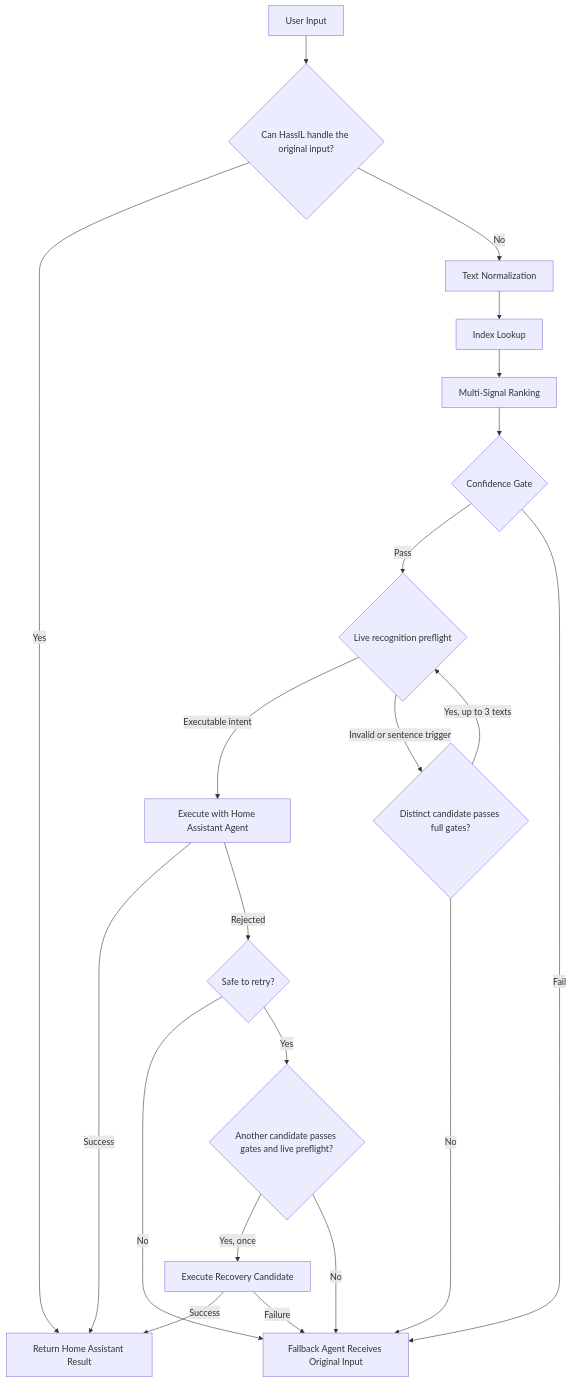
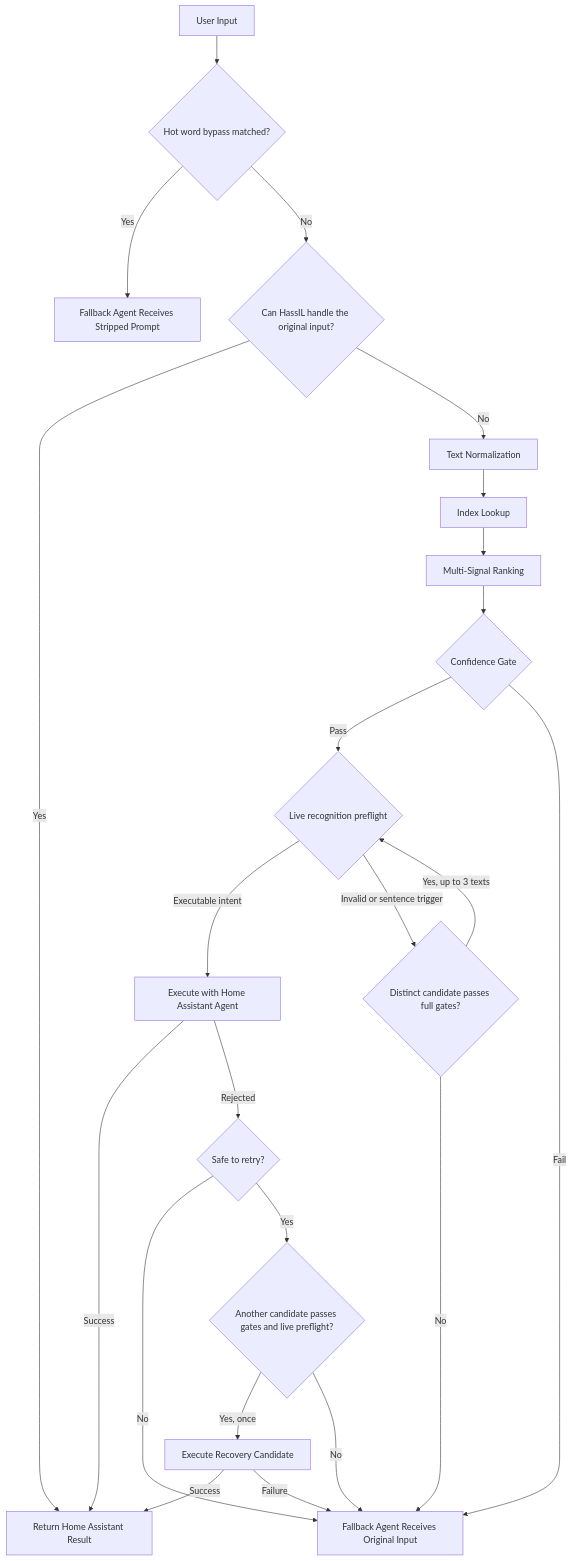
One commit to luuquangvu/assist-canonicalizer changed the diagram in README.md. Above: the diagram before and after it, drawn with Mermaid. The commit also changed other lines of this file and 5 other files, not shown here.

Commit message:
Strip the hot word prefix before routing to fallback agent (#93)

````diff
--- a/README.md
+++ b/README.md
@@ -108,23 +113,25 @@
 ```mermaid
 flowchart TD
-    A[User Input] --> L{Can HassIL handle the original input?}
+    A[User Input] --> HW{Hot word bypass matched?}
+    HW -->|Yes| HW_G[Fallback Agent Receives Stripped Prompt]
+    HW -->|No| L{Can HassIL handle the original input?}
     L -->|Yes| H[Return Home Assistant Result]
     L -->|No| B[Text Normalization]
     B --> C[Index Lookup]
     C --> D[Multi-Signal Ranking]
     D --> E{Confidence Gate}
     E -->|Pass| P{Live recognition preflight}
     E -->|Fail| G[Fallback Agent Receives Original Input]
     P -->|Executable intent| F[Execute with Home Assistant Agent]
     P -->|Invalid or sentence trigger| J{Distinct candidate passes full gates?}
     J -->|Yes, up to 3 texts| P
     J -->|No| G
     F -->|Success| H[Return Home Assistant Result]
     F -->|Rejected| R{Safe to retry?}
     R -->|No| G
     R -->|Yes| Q{Another candidate passes gates and live preflight?}
     Q -->|Yes, once| K[Execute Recovery Candidate]
     Q -->|No| G
     K -->|Success| H
     K -->|Failure| G
 ```
````
